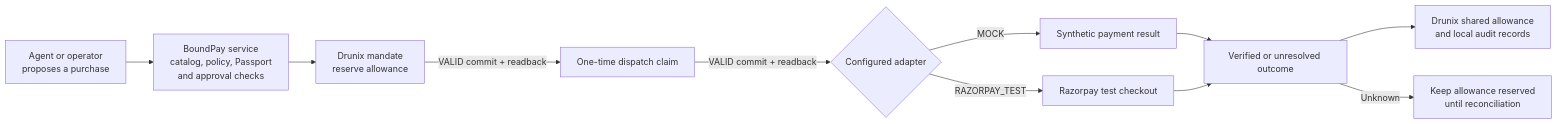
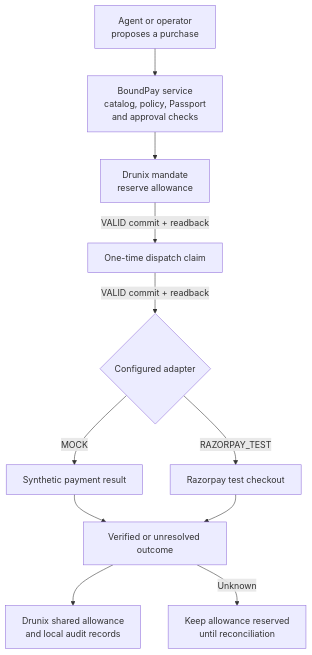
Before and after one commit to Madhumasa84/BoundPay: the diagram in README.md, drawn with Mermaid.

Commit message:
docs: switch architecture flowchart to top-down layout in README

````diff
--- a/README.md
+++ b/README.md
@@ -17,13 +17,13 @@
 ```mermaid
-flowchart LR
+flowchart TD
     Proposal["Agent or operator<br/>proposes a purchase"] --> Local["BoundPay service<br/>catalog, policy, Passport<br/>and approval checks"]
     Local --> Reserve["Drunix mandate<br/>reserve allowance"]
     Reserve -->|VALID commit + readback| Claim["One-time dispatch claim"]
     Claim -->|VALID commit + readback| Payment{"Configured adapter"}
     Payment -->|MOCK| Mock["Synthetic payment result"]
     Payment -->|RAZORPAY_TEST| Razorpay["Razorpay test checkout"]
     Mock --> Outcome["Verified or unresolved outcome"]
     Razorpay --> Outcome
     Outcome --> Ledger["Drunix shared allowance<br/>and local audit records"]
     Outcome -->|Unknown| Hold["Keep allowance reserved<br/>until reconciliation"]
 ```
````
